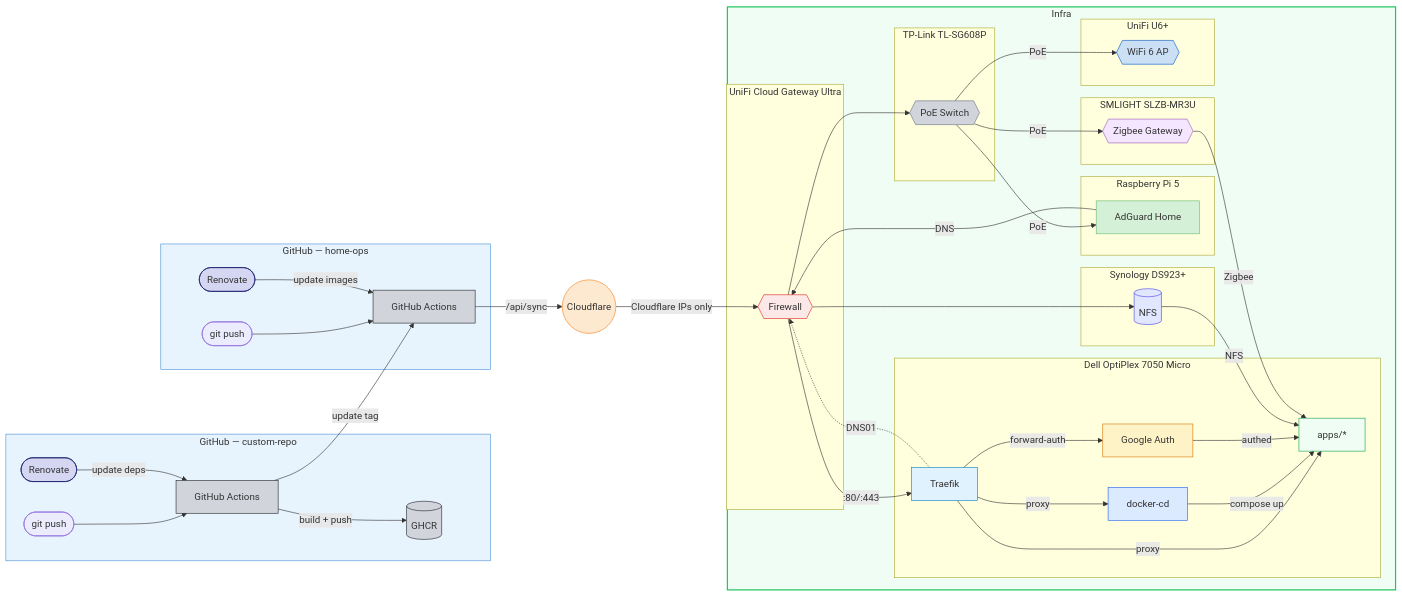
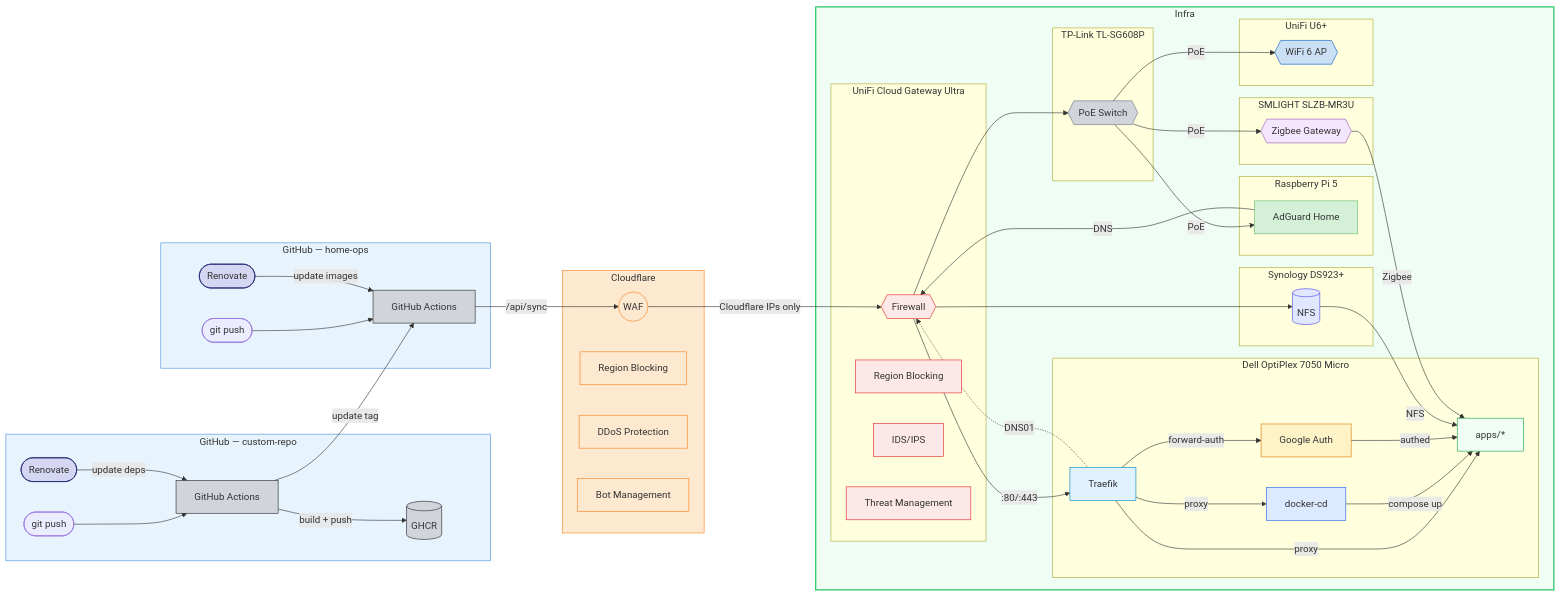
Before and after one commit to wajeht/home-ops: the diagram in README.md, drawn with Mermaid. The commit also changed other lines of this file, not shown here.

Commit message:
docs: improve architecture overview with security layers

```diff
--- a/README.md
+++ b/README.md
@@ -33,7 +33,14 @@
     ci -->|update tag| ops_ci
     ops_push --> ops_ci
     ops_renovate -->|update images| ops_ci
-    ops_ci -->|/api/sync| cf((Cloudflare)) -->|Cloudflare IPs only| unifi -->|:80/:443| traefik -->|proxy| apps
+    ops_ci -->|/api/sync| cf -->|Cloudflare IPs only| unifi -->|:80/:443| traefik -->|proxy| apps
+
+    subgraph cloudflare[Cloudflare]
+        cf((WAF))
+        cf_region[Region Blocking]
+        cf_ddos[DDoS Protection]
+        cf_bot[Bot Management]
+    end
 
     subgraph infra[Infra]
         subgraph dell[Dell OptiPlex 7050 Micro]
@@ -48,6 +55,9 @@
 
         subgraph ucg[UniFi Cloud Gateway Ultra]
             unifi{{Firewall}}
+            ucg_region[Region Blocking]
+            ucg_ids[IDS/IPS]
+            ucg_threat[Threat Management]
         end
 
         subgraph pi[Raspberry Pi 5]
@@ -81,7 +91,14 @@
     style app_repo fill:#e8f4fd,stroke:#4a90d9
     style ops_repo fill:#e8f4fd,stroke:#4a90d9
     style infra fill:#f0fdf4,stroke:#22c55e,stroke-width:2px
+    style cloudflare fill:#fde8d0,stroke:#f6821f
     style cf fill:#fde8d0,stroke:#f6821f,color:#333
+    style cf_region fill:#fde8d0,stroke:#f6821f,color:#333
+    style cf_ddos fill:#fde8d0,stroke:#f6821f,color:#333
+    style cf_bot fill:#fde8d0,stroke:#f6821f,color:#333
+    style ucg_region fill:#fde8e8,stroke:#dc2626,color:#333
+    style ucg_ids fill:#fde8e8,stroke:#dc2626,color:#333
+    style ucg_threat fill:#fde8e8,stroke:#dc2626,color:#333
     style ghcr fill:#d1d5db,stroke:#24292e,color:#333
     classDef gha fill:#d1d5db,stroke:#24292e,color:#333
     class ci,ops_ci gha
```
